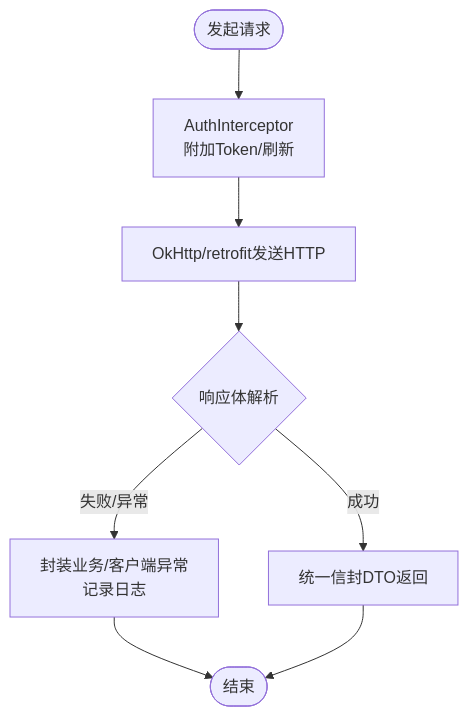
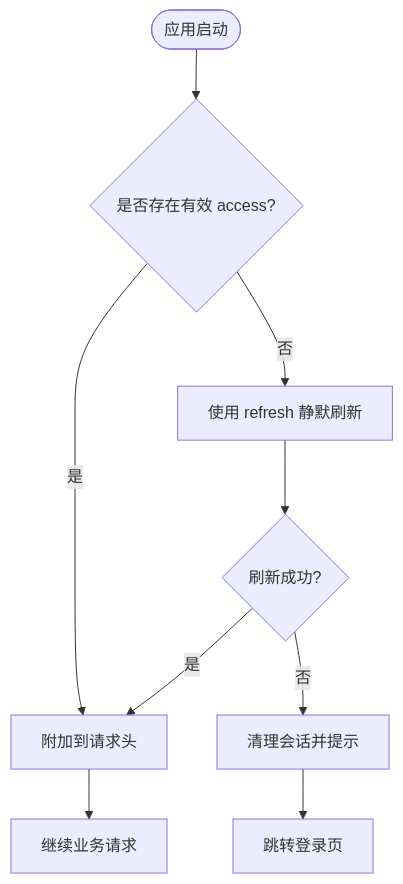
Before and after one commit to xrn1997/android-ebook: the third of 7 diagrams in .qoder/repowiki/zh/content/项目概述.md, drawn with Mermaid. The commit also changed other lines of this file and 544 other files, not shown here.

````diff
--- a/.qoder/repowiki/zh/content/项目概述.md
+++ b/.qoder/repowiki/zh/content/项目概述.md
@@ -182,10 +151,11 @@
 ```mermaid
 flowchart TD
-  Start(["发起请求"]) --> Interceptor["AuthInterceptor<br/>附加Token/刷新"]
-  Interceptor --> HttpCall["OkHttp/retrofit发送HTTP"]
-  HttpCall --> Parse{"响应体解析"}
-  Parse -->|成功| ReturnData["统一信封DTO返回"]
-  Parse -->|失败/异常| HandleErr["封装业务/客户端异常<br/>记录日志"]
-  HandleErr --> End(["结束"])
-  ReturnData --> End
+    Start(["应用启动"]) --> CheckToken{"是否存在有效 access?"}
+    CheckToken -->|是| UseToken["附加到请求头"]
+    CheckToken -->|否| Refresh["使用 refresh 静默刷新"]
+    Refresh --> RefreshOK{"刷新成功?"}
+    RefreshOK -->|是| UseToken
+    RefreshOK -->|否| ClearSession["清理会话并提示"]
+    ClearSession --> GoLogin["跳转登录页"]
+    UseToken --> Next["继续业务请求"]
 ```
````
